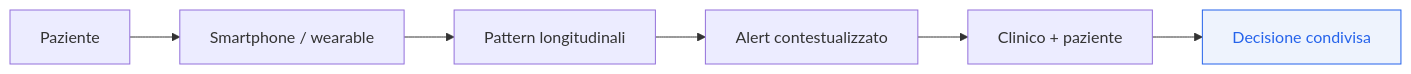
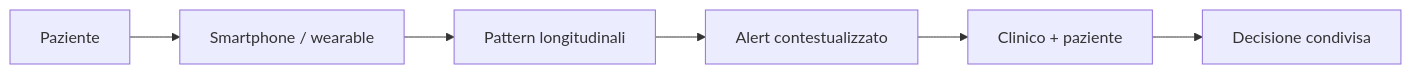
One commit to cremarco/mindful-workshop changed the second of 4 diagrams in slides.md. Above: the diagram before and after it, drawn with Mermaid. The commit also changed other lines of this file and 9 other files, not shown here.

Commit message:
feat: enhance Mermaid diagrams with section-aware theming and add new images for ML in medicine slides

````diff
--- a/slides.md
+++ b/slides.md
@@ -1333,9 +1326,9 @@
 ```mermaid {theme: 'base'}
 flowchart LR
   A["Paziente"] --> B["Smartphone / wearable"]
   B --> C["Pattern longitudinali"]
   C --> D["Alert contestualizzato"]
   D --> E["Clinico + paziente"]
   E --> F["Decisione condivisa"]
-  style F fill:#eef3fd,stroke:#2563eb,color:#2563eb
+  class F mermaid-focus
 ```
````
